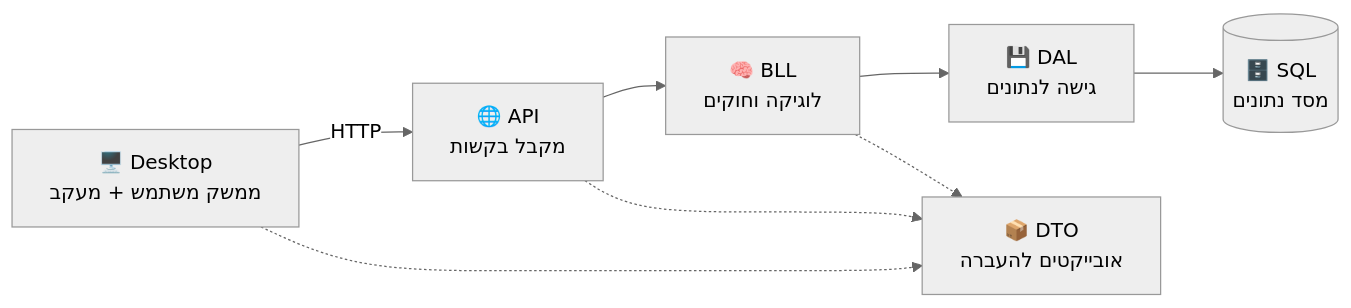
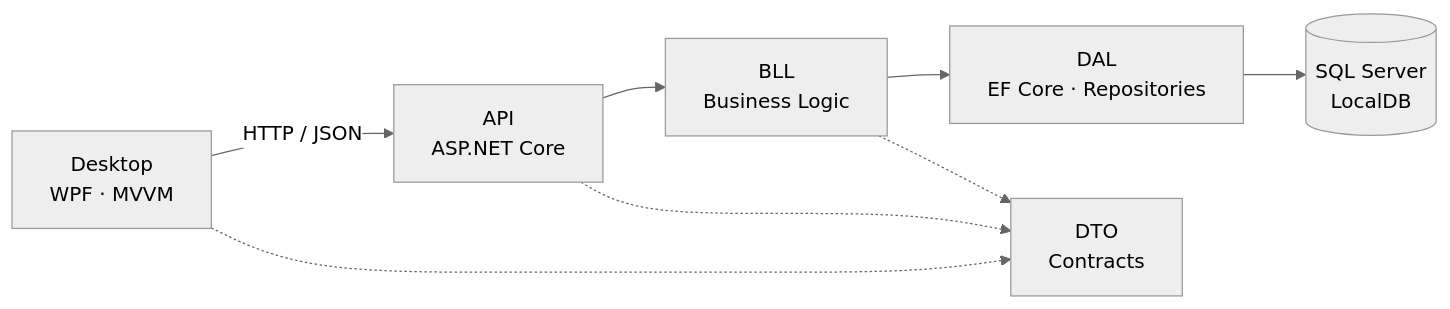
The first of 2 diagrams in docs/SPEC.md (Mali-Montag-dev/TimeTracker), drawn with Mermaid (neutral theme) before and after one commit. The commit also changed other lines of this file, not shown here.

Commit message:
Update spec: add requirements, API endpoints and data constraints.

````diff
--- a/docs/SPEC.md
+++ b/docs/SPEC.md
@@ -28,14 +55,14 @@
 ```mermaid
 flowchart LR
-    Desktop["🖥️ Desktop<br/>ממשק משתמש + מעקב"]
-    API["🌐 API<br/>מקבל בקשות"]
-    BLL["🧠 BLL<br/>לוגיקה וחוקים"]
-    DAL["💾 DAL<br/>גישה לנתונים"]
-    DB[("🗄️ SQL<br/>מסד נתונים")]
-    DTO["📦 DTO<br/>אובייקטים להעברה"]
+    Desktop["Desktop<br/>WPF · MVVM"]
+    API["API<br/>ASP.NET Core"]
+    BLL["BLL<br/>Business Logic"]
+    DAL["DAL<br/>EF Core · Repositories"]
+    DB[("SQL Server<br/>LocalDB")]
+    DTO["DTO<br/>Contracts"]
 
-    Desktop -- "HTTP" --> API --> BLL --> DAL --> DB
+    Desktop -- "HTTP / JSON" --> API --> BLL --> DAL --> DB
     Desktop -.-> DTO
     API -.-> DTO
     BLL -.-> DTO
 ```
````
